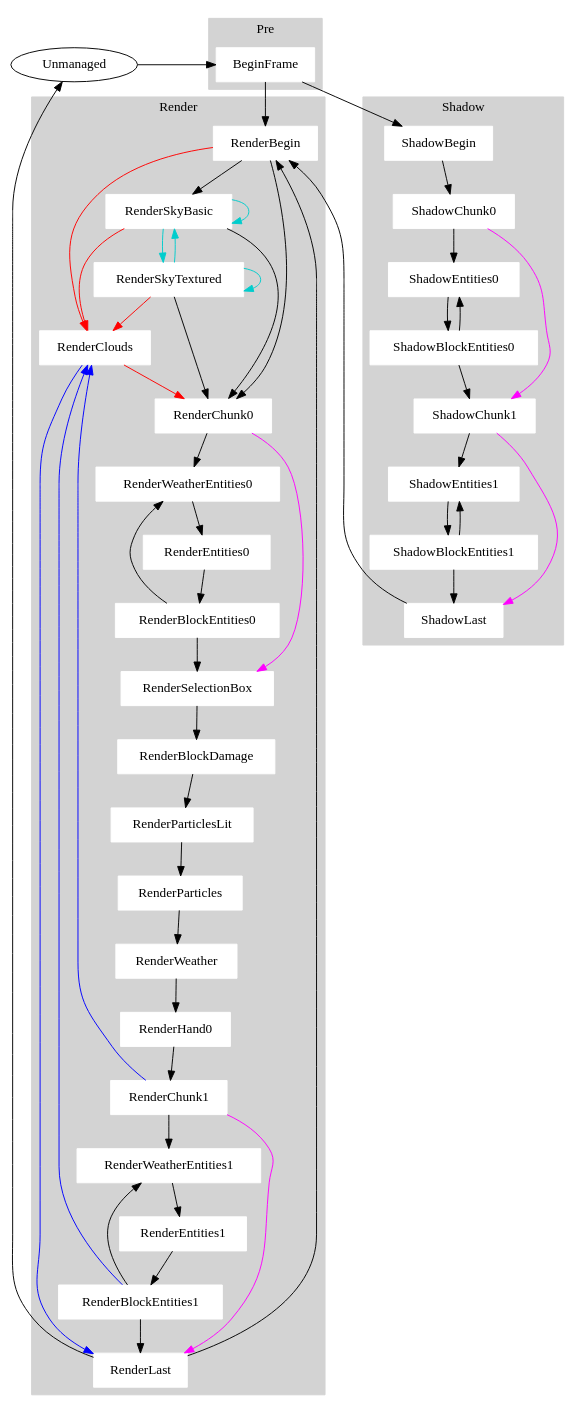
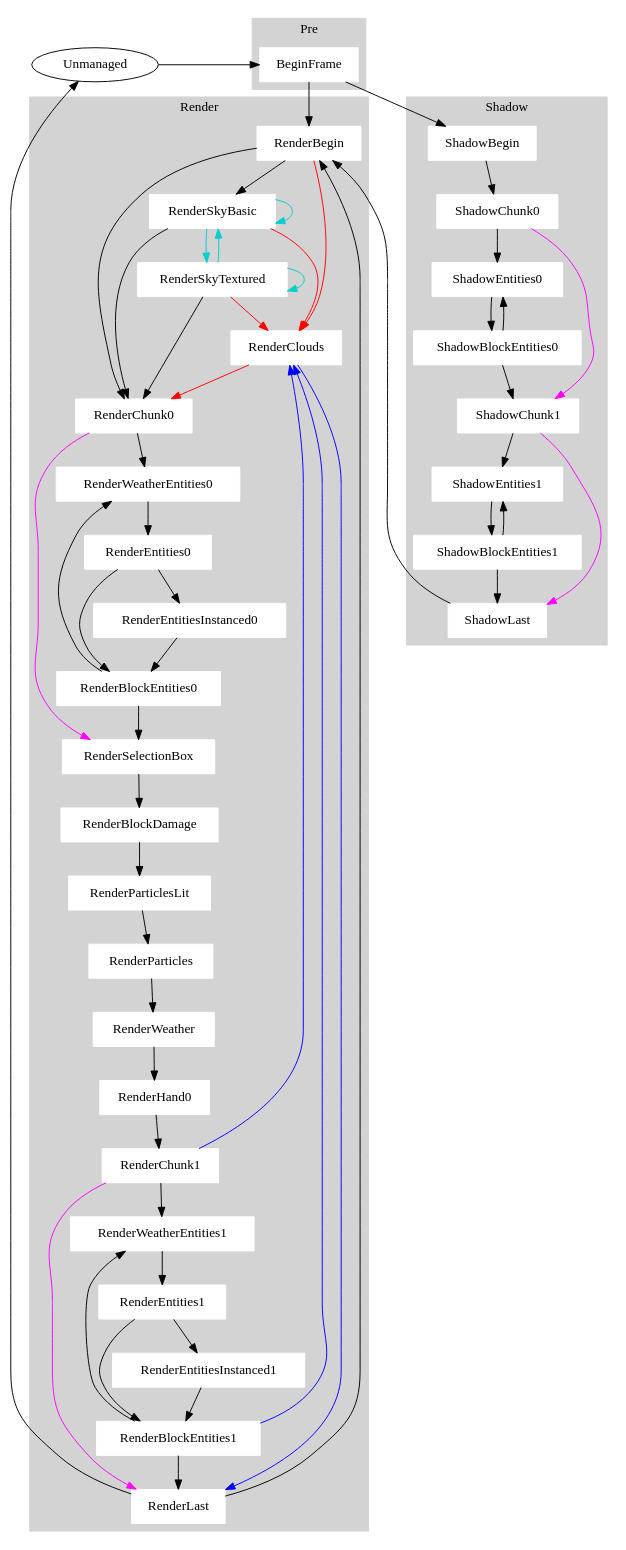
The diagram in doc/MANAGED_STATE.adoc (vfx-dev/SwanSong), drawn with Graphviz before and after one commit. The commit also changed 14 other files, not shown here.

```diff
--- a/doc/MANAGED_STATE.adoc
+++ b/doc/MANAGED_STATE.adoc
@@ -42,6 +42,7 @@
     "RenderChunk0";
     "RenderWeatherEntities0";
     "RenderEntities0";
+    "RenderEntitiesInstanced0";
     "RenderBlockEntities0";
     "RenderSelectionBox";
     "RenderBlockDamage";
@@ -52,6 +53,7 @@
     "RenderChunk1";
     "RenderWeatherEntities1";
     "RenderEntities1";
+    "RenderEntitiesInstanced1";
     "RenderBlockEntities1";
     "RenderLast";
   }
@@ -89,6 +91,8 @@
   "RenderChunk0" -> "RenderSelectionBox" [color=magenta];
   "RenderWeatherEntities0" -> "RenderEntities0";
   "RenderEntities0" -> "RenderBlockEntities0";
+  "RenderEntities0" -> "RenderEntitiesInstanced0";
+  "RenderEntitiesInstanced0" -> "RenderBlockEntities0";
   "RenderBlockEntities0"  -> "RenderSelectionBox";
   "RenderBlockEntities0" -> "RenderWeatherEntities0"; //Can happen (CNPC+ DBC Addon is one example)
   "RenderSelectionBox" -> "RenderBlockDamage";
@@ -102,6 +106,8 @@
   "RenderChunk1" -> "RenderLast" [color=magenta];
   "RenderWeatherEntities1" -> "RenderEntities1";
   "RenderEntities1" -> "RenderBlockEntities1";
+  "RenderEntities1" -> "RenderEntitiesInstanced1";
+  "RenderEntitiesInstanced1" -> "RenderBlockEntities1";
   "RenderBlockEntities1" -> "RenderWeatherEntities1"; //Can happen (CNPC+ DBC Addon is one example)
   "RenderBlockEntities1" -> "RenderClouds" [color="blue"];
   "RenderBlockEntities1" -> "RenderLast";
```
